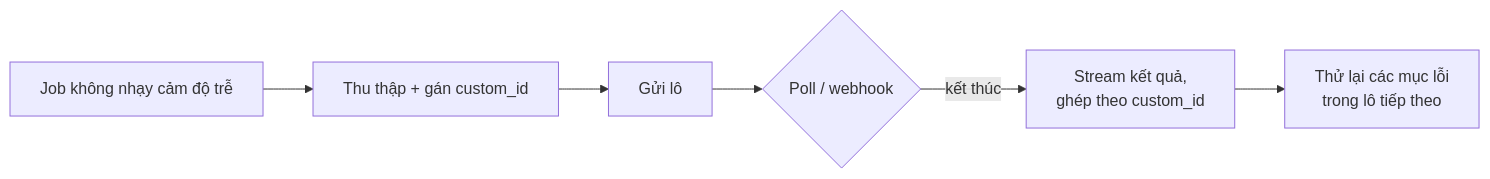
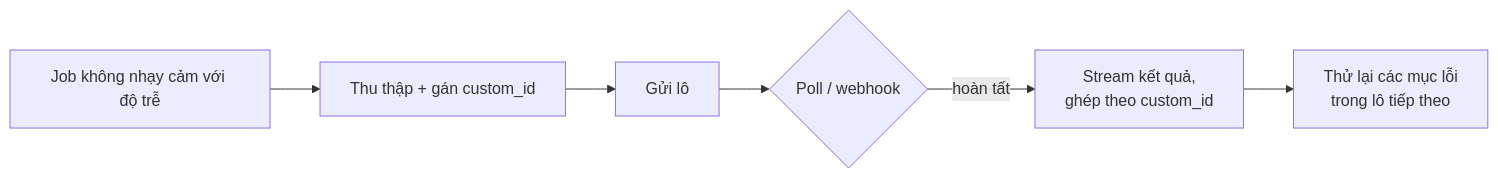
The first of 2 diagrams in solutions/batch-processing.md (dungnm02/token-optimizer), drawn with Mermaid before and after one commit. The commit also changed other lines of this file and 30 other files, not shown here.

````diff
--- a/solutions/batch-processing.md
+++ b/solutions/batch-processing.md
@@ -49,8 +53,8 @@
 ```mermaid
 flowchart LR
-    A[Job không nhạy cảm độ trễ] --> Q[Thu thập + gán custom_id]
+    A[Job không nhạy cảm với độ trễ] --> Q[Thu thập + gán custom_id]
     Q --> B[Gửi lô]
     B --> P{Poll / webhook}
-    P -- kết thúc --> R[Stream kết quả,<br/>ghép theo custom_id]
+    P -- hoàn tất --> R[Stream kết quả,<br/>ghép theo custom_id]
     R --> S[Thử lại các mục lỗi<br/>trong lô tiếp theo]
 ```
````
